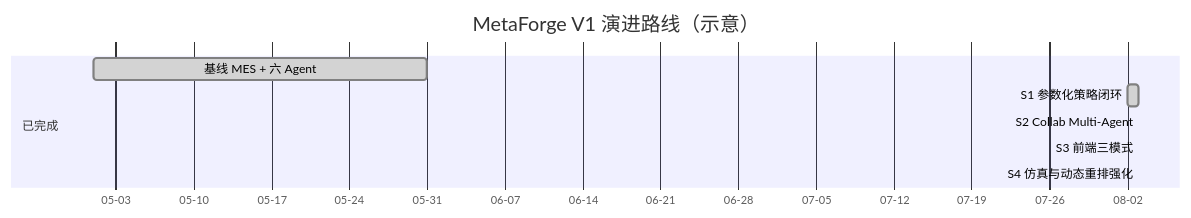
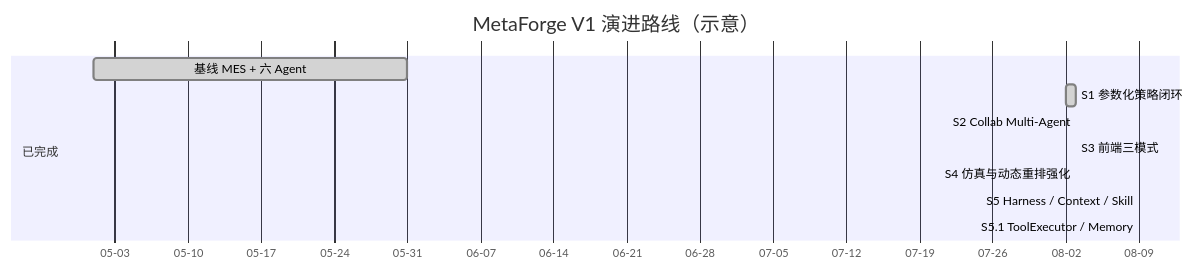
The fourth of 10 diagrams in README.md (earlymessi/metaforge_agent), drawn with Mermaid before and after one commit. The commit also changed other lines of this file and 4649 other files, not shown here.

````diff
--- a/README.md
+++ b/README.md
@@ -58,12 +141,14 @@
 ```mermaid
 gantt
     title MetaForge V1 演进路线（示意）
     dateFormat  YYYY-MM-DD
     axisFormat  %m-%d
     section 已完成
     基线 MES + 六 Agent           :done, 2026-05-01, 2026-05-31
     S1 参数化策略闭环             :done, 2026-08-02, 2026-08-03
     S2 Collab Multi-Agent         :done, 2026-08-03, 2026-08-03
     S3 前端三模式                 :done, 2026-08-03, 2026-08-03
     S4 仿真与动态重排强化         :done, 2026-08-03, 2026-08-03
+    S5 Harness / Context / Skill  :done, 2026-08-09, 2026-08-09
+    S5.1 ToolExecutor / Memory    :done, 2026-08-09, 2026-08-09
 ```
````
